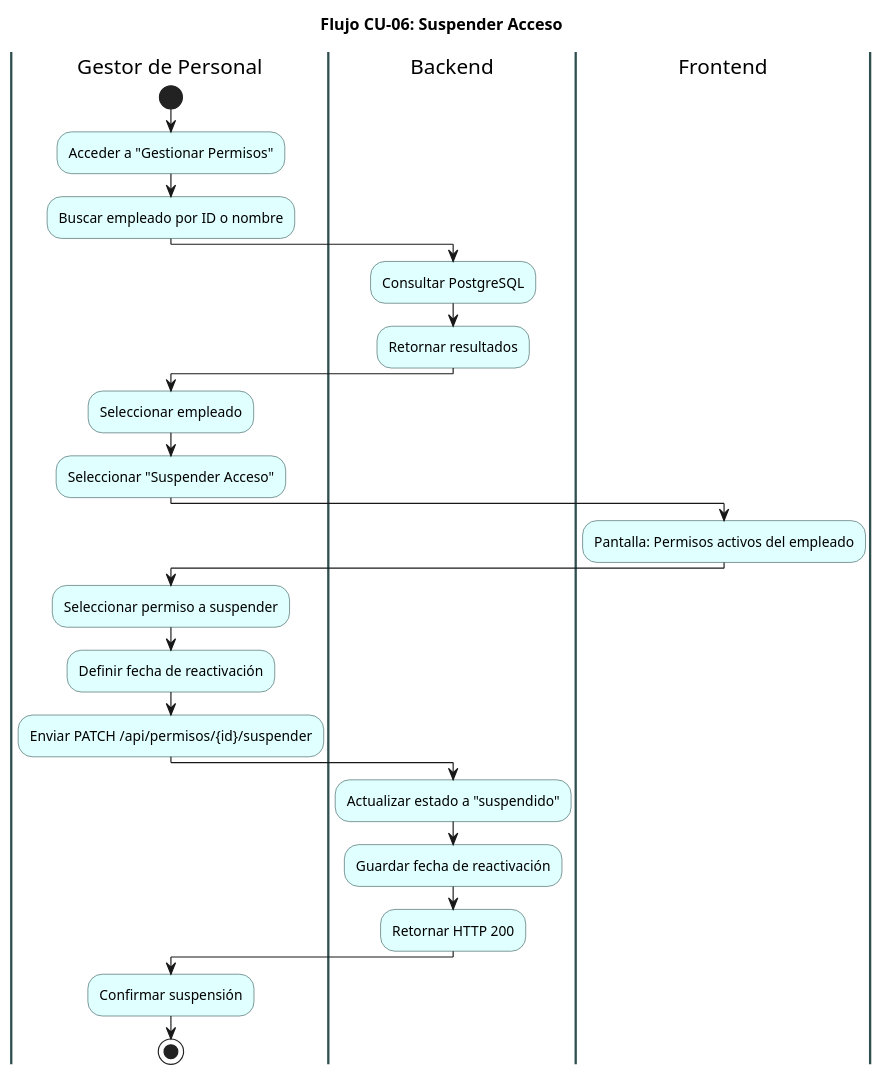
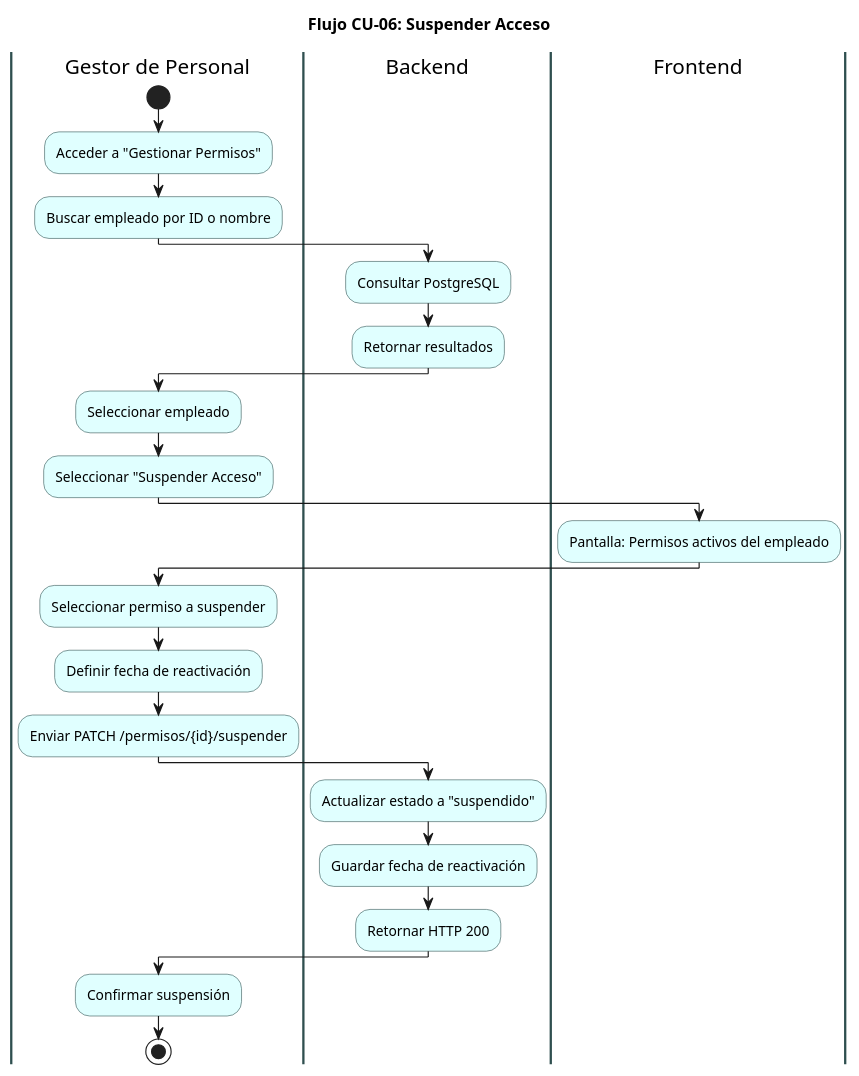
Before and after one commit to ElianMMCode/Zone-Control: the diagram in docs/diagramas/flujo/11_flujo_suspender_acceso.puml, drawn with PlantUML. The commit also changed 15 other files, not shown here.

First line of the commit message:
docs: align plan, HUs and diagrams with current backend and mockups

```diff
--- a/docs/diagramas/flujo/11_flujo_suspender_acceso.puml
+++ b/docs/diagramas/flujo/11_flujo_suspender_acceso.puml
@@ -1,50 +1,50 @@
 @startuml
 title Flujo CU-06: Suspender Acceso
 skinparam activity {
   BackgroundColor LightCyan
   BorderColor DarkSlateGray
 }
 skinparam swimlane {
   BorderColor DarkSlateGray
   BorderThickness 2
 }
 
 |Gestor de Personal|
 start
 :Acceder a "Gestionar Permisos";
 
 :Buscar empleado por ID o nombre;
 
 |Backend|
 :Consultar PostgreSQL;
 
 :Retornar resultados;
 
 |Gestor de Personal|
 :Seleccionar empleado;
 
 :Seleccionar "Suspender Acceso";
 
 |Frontend|
 :Pantalla: Permisos activos del empleado;
 
 |Gestor de Personal|
 :Seleccionar permiso a suspender;
 
 :Definir fecha de reactivación;
 
-:Enviar PATCH /api/permisos/{id}/suspender;
+:Enviar PATCH /permisos/{id}/suspender;
 
 |Backend|
 :Actualizar estado a "suspendido";
 
 :Guardar fecha de reactivación;
 
 :Retornar HTTP 200;
 
 |Gestor de Personal|
 :Confirmar suspensión;
 
 stop
 
 @enduml
```
